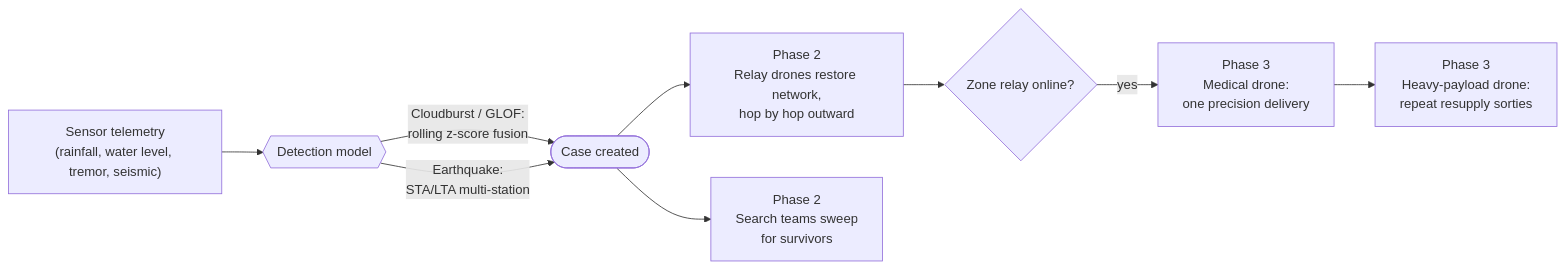
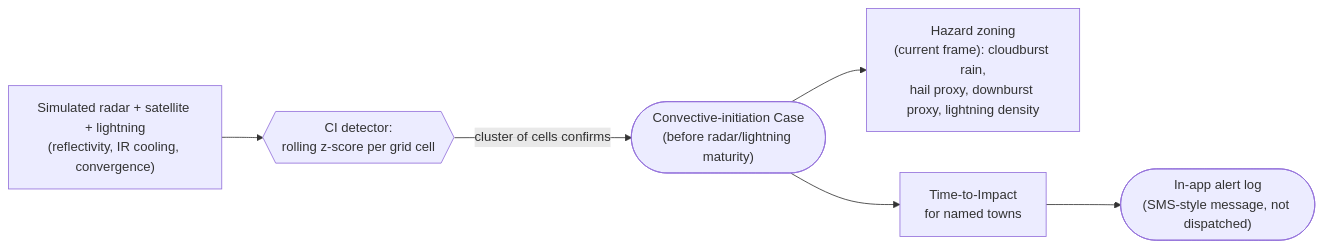
One commit to buildc3/ResQ changed the diagram in README.md. Above: the diagram before and after it, drawn with Mermaid. The commit also changed other lines of this file and 29 other files, not shown here.

````diff
--- a/README.md
+++ b/README.md
@@ -16,13 +14,8 @@
 ```mermaid
 flowchart LR
-    S["Sensor telemetry\n(rainfall, water level, tremor, seismic)"] --> M{{Detection model}}
-    M -->|"Cloudburst / GLOF:\nrolling z-score fusion"| CASE(["Case created"])
-    M -->|"Earthquake:\nSTA/LTA multi-station"| CASE
-
-    CASE --> R["Phase 2\nRelay drones restore network,\nhop by hop outward"]
-    CASE --> SR["Phase 2\nSearch teams sweep\nfor survivors"]
-
-    R --> RC{Zone relay online?}
-    RC -->|yes| MD["Phase 3\nMedical drone:\none precision delivery"]
-    MD --> HP["Phase 3\nHeavy-payload drone:\nrepeat resupply sorties"]
+    S["Simulated radar + satellite + lightning\n(reflectivity, IR cooling, convergence)"] --> CI{{"CI detector:\nrolling z-score per grid cell"}}
+    CI -->|"cluster of cells confirms"| CASE(["Convective-initiation Case\n(before radar/lightning maturity)"])
+    CASE --> HZ["Hazard zoning\n(current frame): cloudburst rain,\nhail proxy, downburst proxy, lightning density"]
+    CASE --> TTI["Time-to-Impact\nfor named towns"]
+    TTI --> ALERT(["In-app alert log\n(SMS-style message, not dispatched)"])
 ```
````
